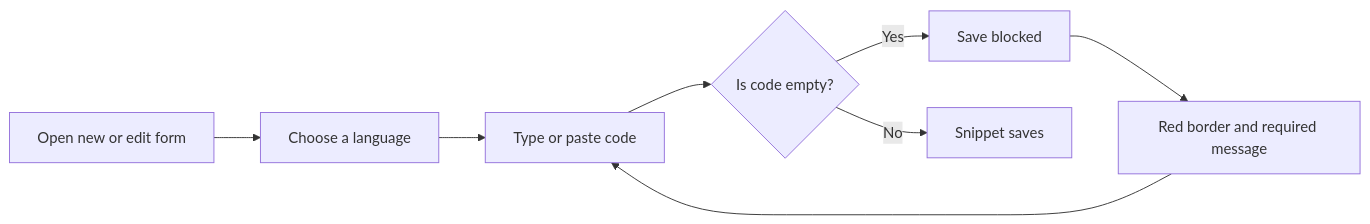
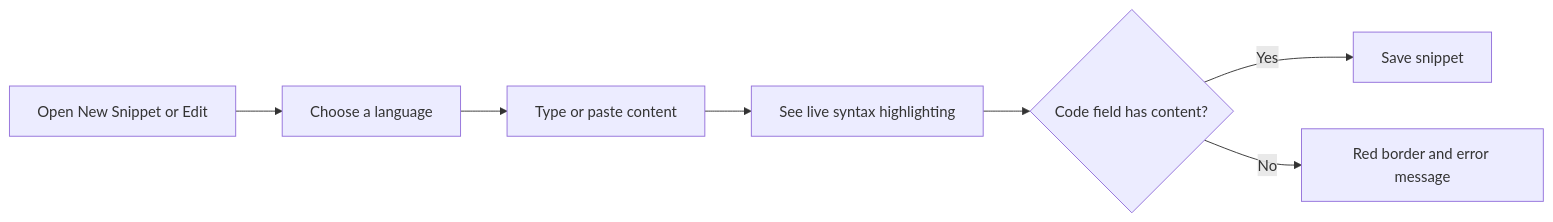
One commit to Mohita111/API2 changed the diagram in api2-documentation/plan_2026-11-02_f8890e/user-facing-docs/code-editor.md. Above: the diagram before and after it, drawn with Mermaid. The commit also changed other lines of this file and 13 other files, not shown here.

````diff
--- a/api2-documentation/plan_2026-11-02_f8890e/user-facing-docs/code-editor.md
+++ b/api2-documentation/plan_2026-11-02_f8890e/user-facing-docs/code-editor.md
@@ -26,10 +54,9 @@
 ```mermaid
 graph LR
-    A[Open new or edit form] --> B[Choose a language]
-    B --> C[Type or paste code]
-    C --> D{"Is code empty?"}
-    D -- Yes --> E[Save blocked]
-    E --> F["Red border and required message"]
-    F --> C
-    D -- No --> G[Snippet saves]
+    A["Open New Snippet or Edit"] --> B["Choose a language"]
+    B --> C["Type or paste content"]
+    C --> D["See live syntax highlighting"]
+    D --> E{"Code field has content?"}
+    E -- "Yes" --> F["Save snippet"]
+    E -- "No" --> G["Red border and error message"]
 ```
````
